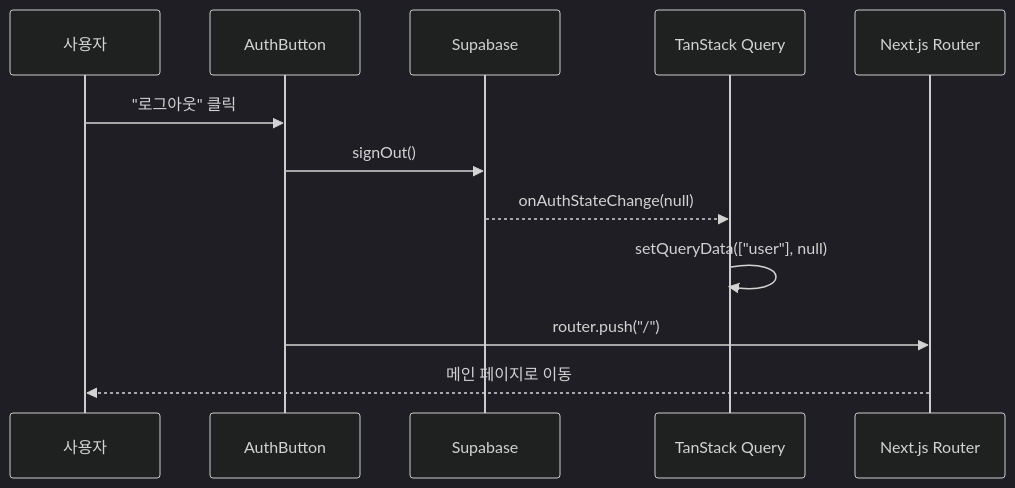
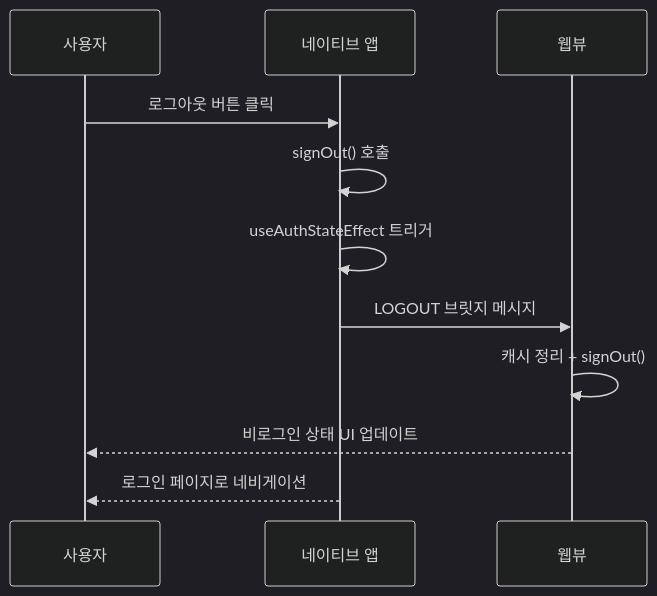
One commit to jgjgill/my-speak changed the third of 3 diagrams in docs/development/authentication-architecture.md. Above: the diagram before and after it, drawn with Mermaid (dark theme). The commit also changed other lines of this file, not shown here.

````diff
--- a/docs/development/authentication-architecture.md
+++ b/docs/development/authentication-architecture.md
@@ -299,15 +186,14 @@
 ```mermaid
 sequenceDiagram
     participant User as 사용자
-    participant AuthButton as AuthButton
-    participant Supabase as Supabase
-    participant Query as TanStack Query
-    participant Router as Next.js Router
-
-    User->>AuthButton: "로그아웃" 클릭
-    AuthButton->>Supabase: signOut()
-    Supabase-->>Query: onAuthStateChange(null)
-    Query->>Query: setQueryData(["user"], null)
-    AuthButton->>Router: router.push("/")
-    Router-->>User: 메인 페이지로 이동
+    participant Native as 네이티브 앱
+    participant WebView as 웹뷰
+    
+    User->>Native: 로그아웃 버튼 클릭
+    Native->>Native: signOut() 호출
+    Native->>Native: useAuthStateEffect 트리거
+    Native->>WebView: LOGOUT 브릿지 메시지
+    WebView->>WebView: 캐시 정리 + signOut()
+    WebView-->>User: 비로그인 상태 UI 업데이트
+    Native-->>User: 로그인 페이지로 네비게이션
 ```
````
